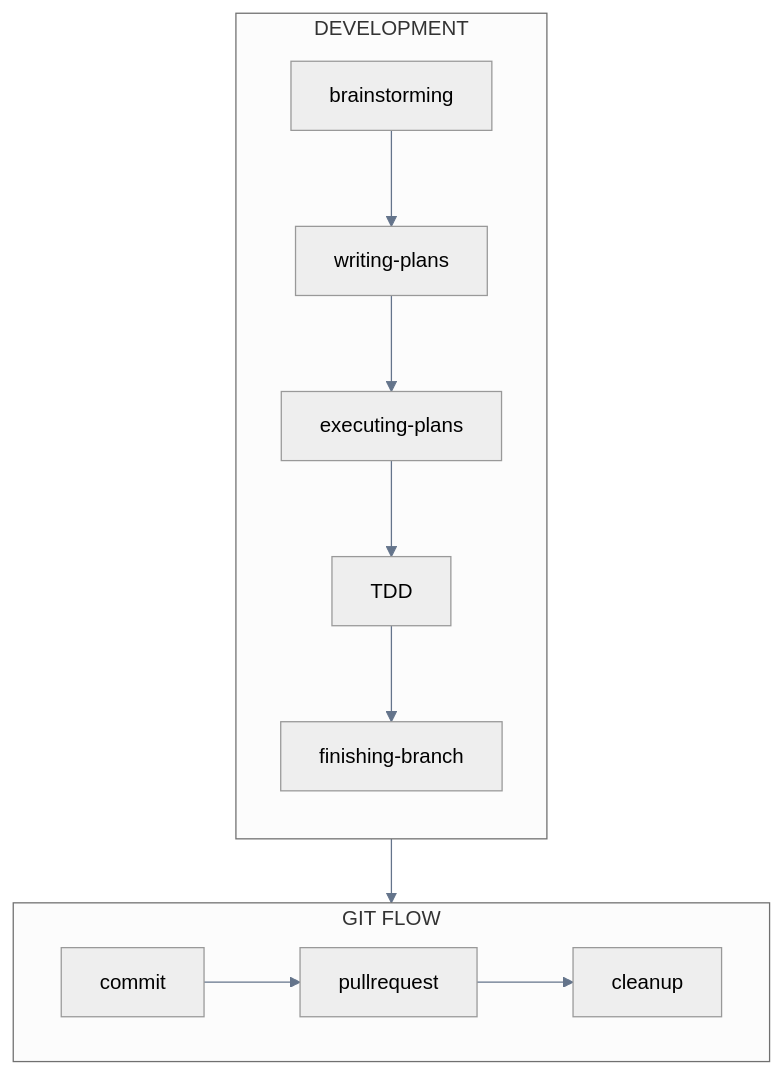
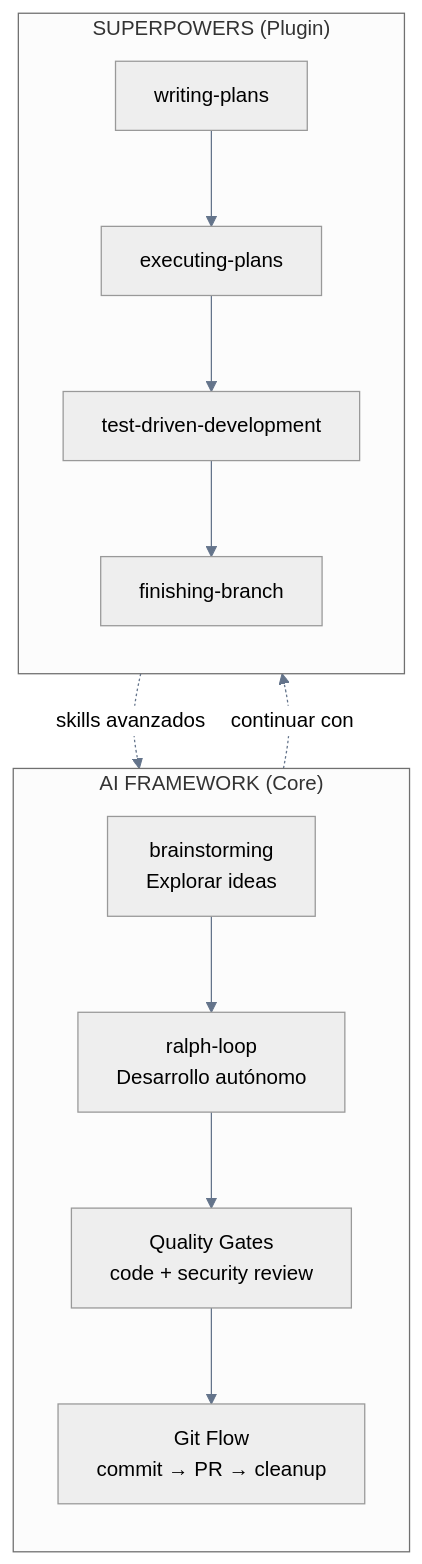
One commit to Dario-Arcos/ai-framework changed the diagram in human-handbook/docs/ai-first-workflow.md. Above: the diagram before and after it, drawn with Mermaid. The commit also changed other lines of this file and 5 other files, not shown here.

````diff
--- a/human-handbook/docs/ai-first-workflow.md
+++ b/human-handbook/docs/ai-first-workflow.md
@@ -9,15 +9,20 @@
 ```mermaid
 %%{init: {'theme': 'neutral', 'themeVariables': { 'primaryColor': '#6366f1', 'primaryTextColor': '#1e293b', 'primaryBorderColor': '#4f46e5', 'lineColor': '#64748b', 'secondaryColor': '#f1f5f9', 'tertiaryColor': '#e2e8f0'}}}%%
 flowchart TB
-    subgraph DEV["DEVELOPMENT"]
+    subgraph CORE["AI FRAMEWORK (Core)"]
         direction TB
-        D1[brainstorming] --> D2[writing-plans] --> D3[executing-plans] --> D4[TDD] --> D5[finishing-branch]
+        BR[brainstorming<br/>Explorar ideas] --> RL[ralph-loop<br/>Desarrollo autónomo]
+        RL --> QG[Quality Gates<br/>code + security review]
+        QG --> GIT[Git Flow<br/>commit → PR → cleanup]
     end
 
-    subgraph GIT["GIT FLOW"]
-        direction LR
-        G1[commit] --> G2[pullrequest] --> G3[cleanup]
+    subgraph EXT["SUPERPOWERS (Plugin)"]
+        direction TB
+        WP[writing-plans] --> EP[executing-plans]
+        EP --> TDD[test-driven-development]
+        TDD --> FB[finishing-branch]
     end
 
-    D5 --> GIT
+    BR -.->|"continuar con"| EXT
+    EXT -.->|"skills avanzados"| CORE
 ```
````
